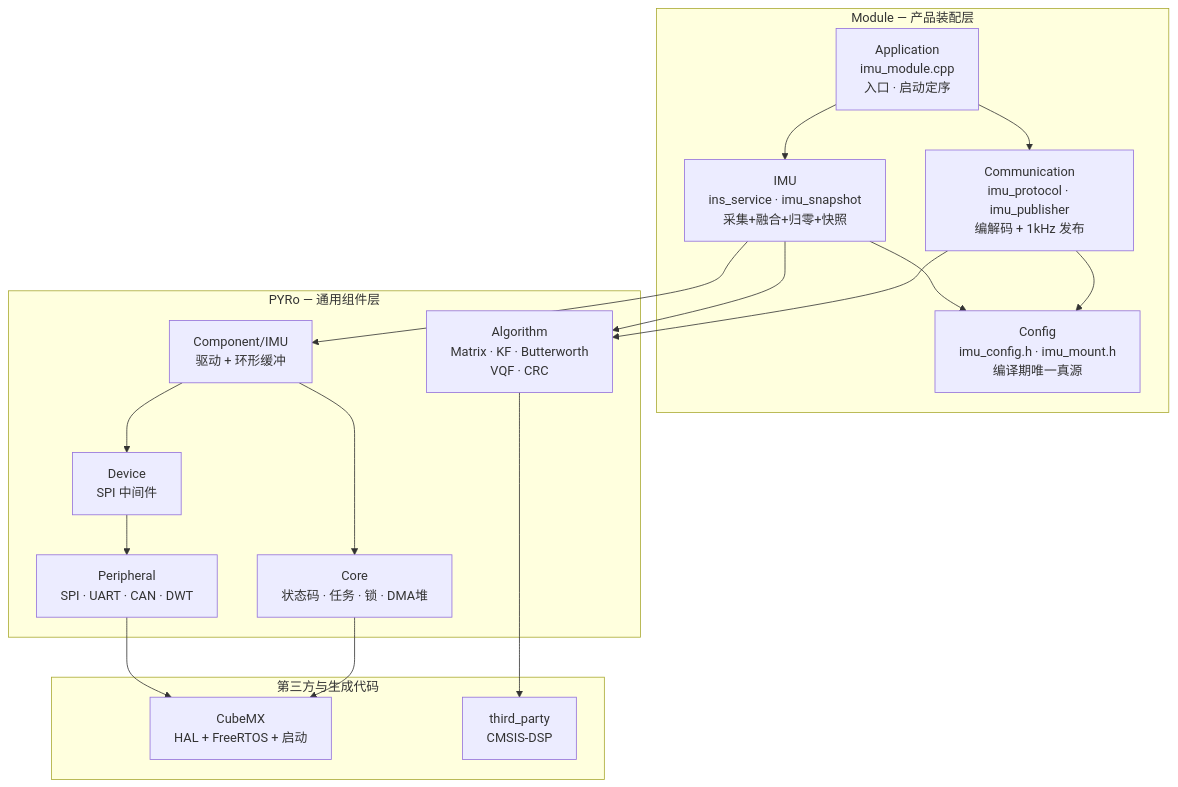
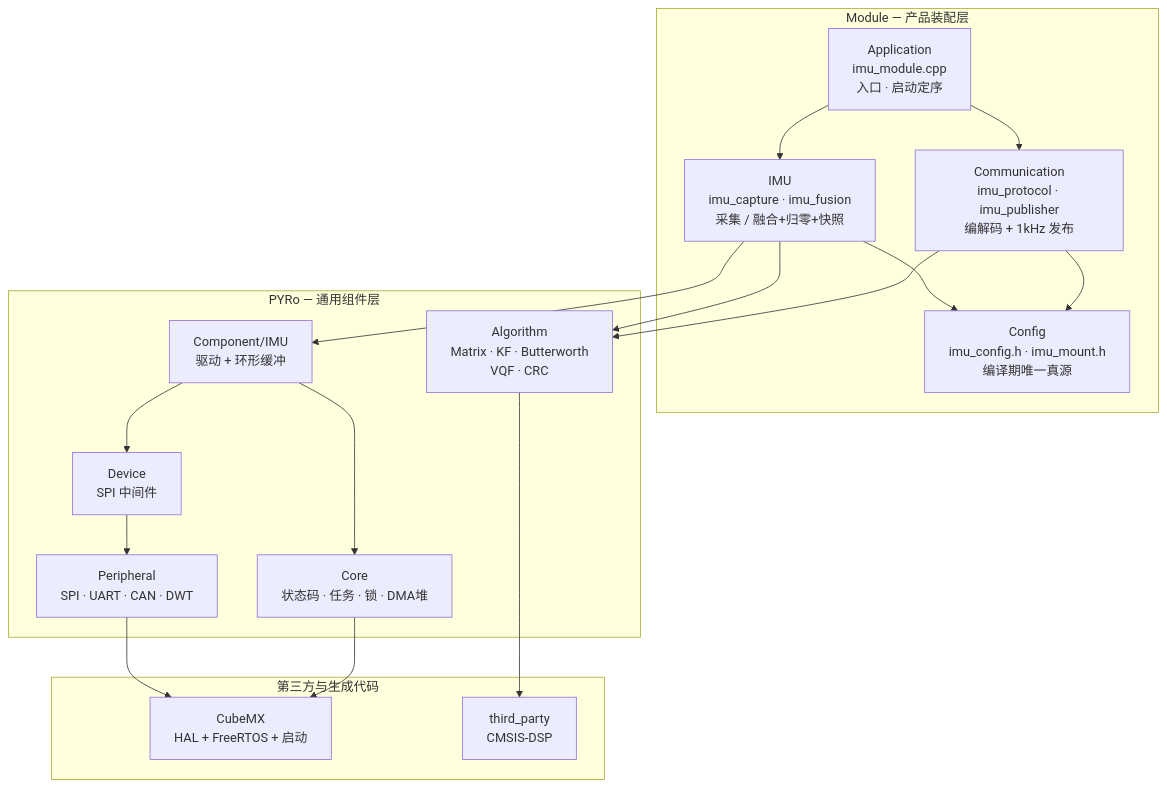
One commit to zhou-ee/g431cbu6_imu changed the first of 5 diagrams in STRUCTURE.md. Above: the diagram before and after it, drawn with Mermaid. The commit also changed other lines of this file and 4 other files, not shown here.

````diff
--- a/STRUCTURE.md
+++ b/STRUCTURE.md
@@ -8,34 +8,34 @@
 ```mermaid
 graph TB
     subgraph MOD["Module — 产品装配层"]
         APP["Application<br/>imu_module.cpp<br/>入口 · 启动定序"]
         CFG["Config<br/>imu_config.h · imu_mount.h<br/>编译期唯一真源"]
-        IMU["IMU<br/>ins_service · imu_snapshot<br/>采集+融合+归零+快照"]
+        IMU["IMU<br/>imu_capture · imu_fusion<br/>采集 / 融合+归零+快照"]
         COM["Communication<br/>imu_protocol · imu_publisher<br/>编解码 + 1kHz 发布"]
     end
     subgraph PYRO["PYRo — 通用组件层"]
         CORE["Core<br/>状态码 · 任务 · 锁 · DMA堆"]
         PERI["Peripheral<br/>SPI · UART · CAN · DWT"]
         DEV["Device<br/>SPI 中间件"]
         COMP["Component/IMU<br/>驱动 + 环形缓冲"]
         ALGO["Algorithm<br/>Matrix · KF · Butterworth<br/>VQF · CRC"]
     end
     subgraph VEND["第三方与生成代码"]
         CMX["CubeMX<br/>HAL + FreeRTOS + 启动"]
         DSP["third_party<br/>CMSIS-DSP"]
     end
 
     APP --> IMU
     APP --> COM
     IMU --> CFG
     COM --> CFG
     IMU --> COMP
     IMU --> ALGO
     COM --> ALGO
     COMP --> DEV
     DEV --> PERI
     COMP --> CORE
     PERI --> CMX
     ALGO --> DSP
     CORE --> CMX
 ```
````
